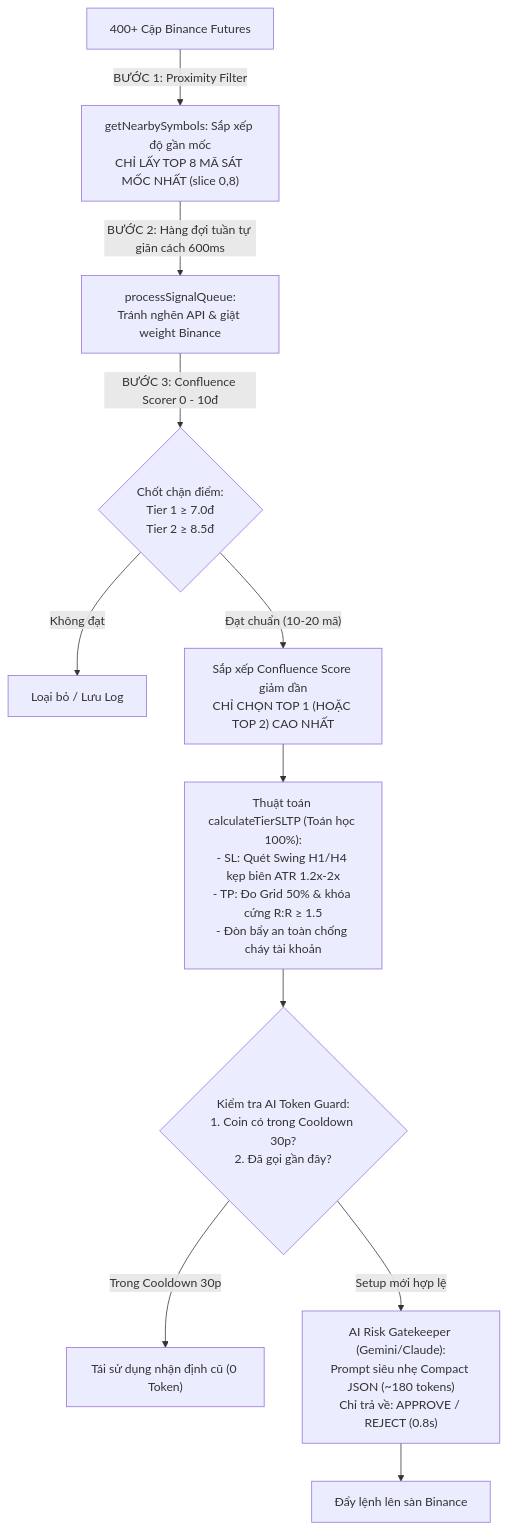
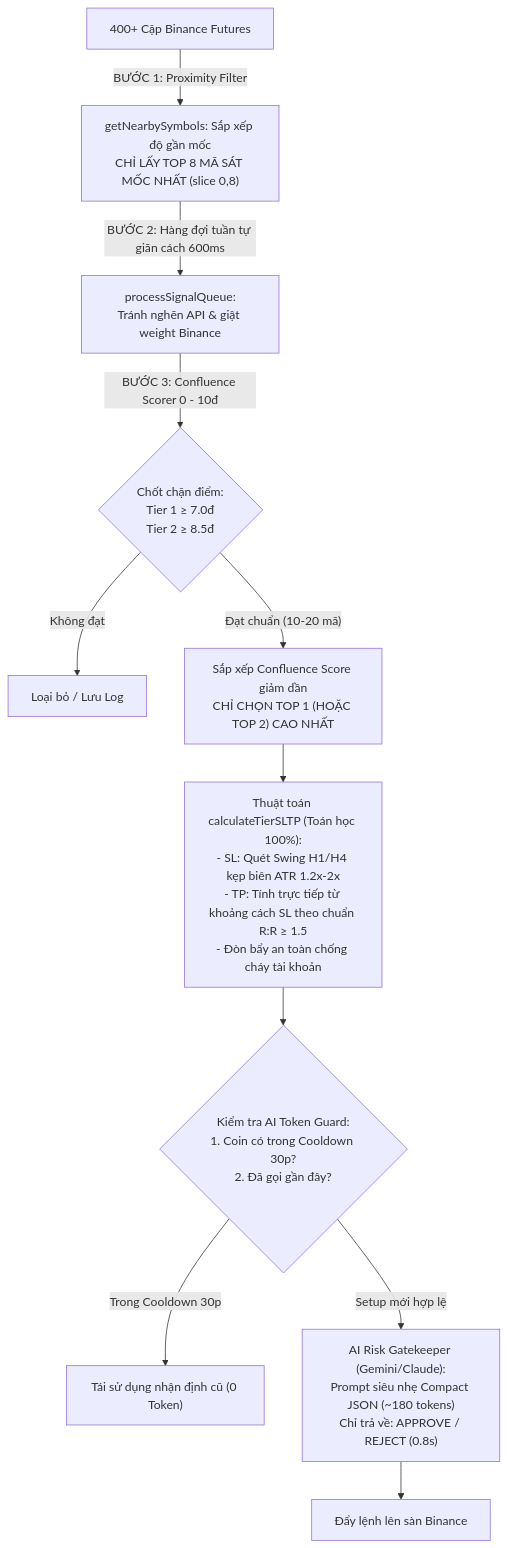
The third of 3 diagrams in bot_new/ROADMAP_UPGRADE_FROM_BOT_H4.md (hoanglam123/369futures), drawn with Mermaid before and after one commit. The commit also changed other lines of this file, not shown here.

Commit message:
docs: calculate TP directly from SL and eliminate 50% grid dependency

````diff
--- a/bot_new/ROADMAP_UPGRADE_FROM_BOT_H4.md
+++ b/bot_new/ROADMAP_UPGRADE_FROM_BOT_H4.md
@@ -201,13 +201,13 @@
 ```mermaid
 flowchart TD
     A["400+ Cặp Binance Futures"] -->|BƯỚC 1: Proximity Filter| B["getNearbySymbols: Sắp xếp độ gần mốc\nCHỈ LẤY TOP 8 MÃ SÁT MỐC NHẤT (slice 0,8)"]
     B -->|BƯỚC 2: Hàng đợi tuần tự giãn cách 600ms| C["processSignalQueue:\nTránh nghẽn API & giật weight Binance"]
     C -->|BƯỚC 3: Confluence Scorer 0 - 10đ| D{"Chốt chặn điểm:\nTier 1 &ge; 7.0đ\nTier 2 &ge; 8.5đ"}
     D -- Không đạt --> E["Loại bỏ / Lưu Log"]
     D -- "Đạt chuẩn (10-20 mã)" --> F["Sắp xếp Confluence Score giảm dần\nCHỈ CHỌN TOP 1 (HOẶC TOP 2) CAO NHẤT"]
-    F --> G["Thuật toán calculateTierSLTP (Toán học 100%):\n- SL: Quét Swing H1/H4 kẹp biên ATR 1.2x-2x\n- TP: Đo Grid 50% & khóa cứng R:R &ge; 1.5\n- Đòn bẩy an toàn chống cháy tài khoản"]
+    F --> G["Thuật toán calculateTierSLTP (Toán học 100%):\n- SL: Quét Swing H1/H4 kẹp biên ATR 1.2x-2x\n- TP: Tính trực tiếp từ khoảng cách SL theo chuẩn R:R &ge; 1.5\n- Đòn bẩy an toàn chống cháy tài khoản"]
     G --> H{"Kiểm tra AI Token Guard:\n1. Coin có trong Cooldown 30p?\n2. Đã gọi gần đây?"}
     H -- "Trong Cooldown 30p" --> I["Tái sử dụng nhận định cũ (0 Token)"]
     H -- "Setup mới hợp lệ" --> J["AI Risk Gatekeeper (Gemini/Claude):\nPrompt siêu nhẹ Compact JSON (~180 tokens)\nChỉ trả về: APPROVE / REJECT (0.8s)"]
     J --> K["Đẩy lệnh lên sàn Binance"]
 ```
````
